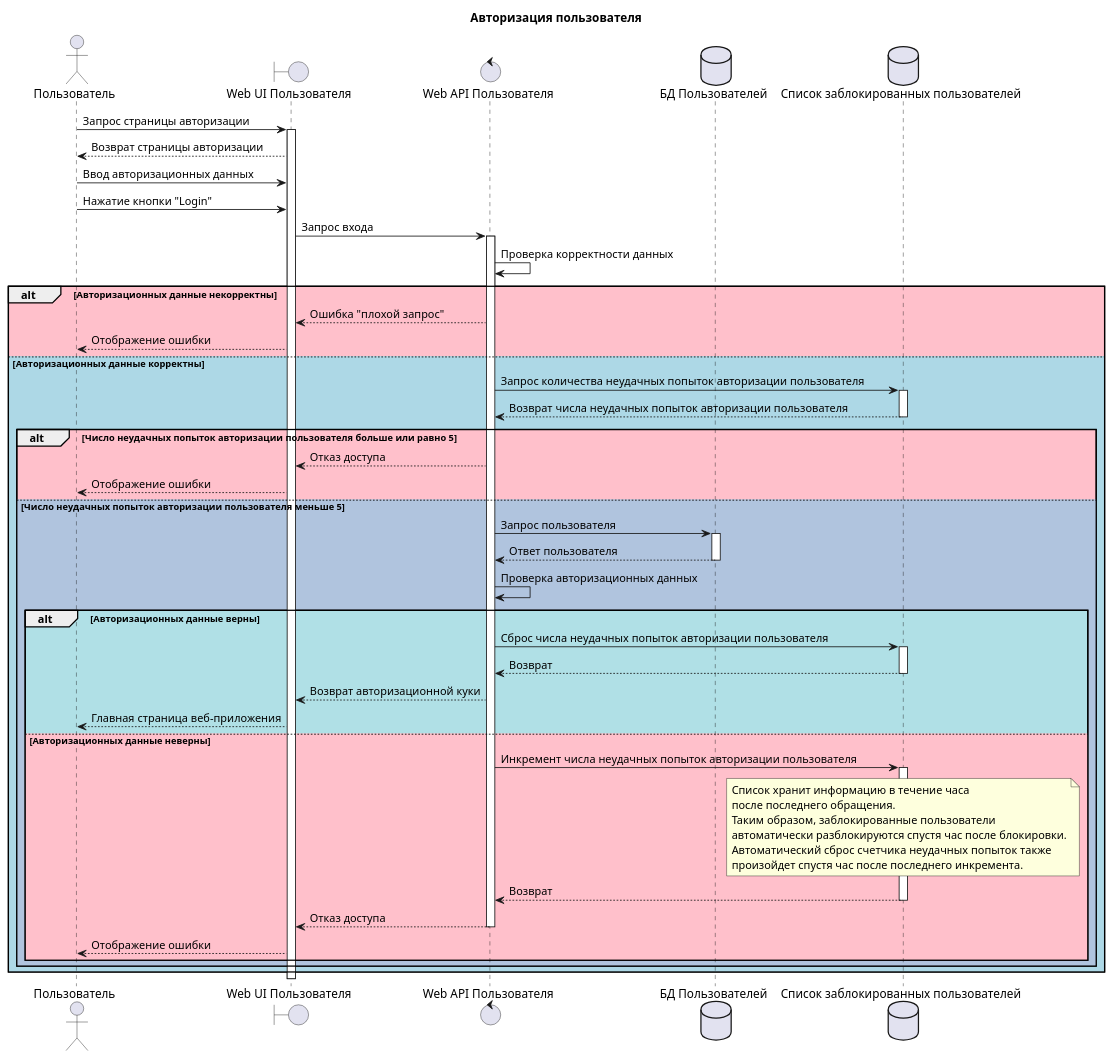
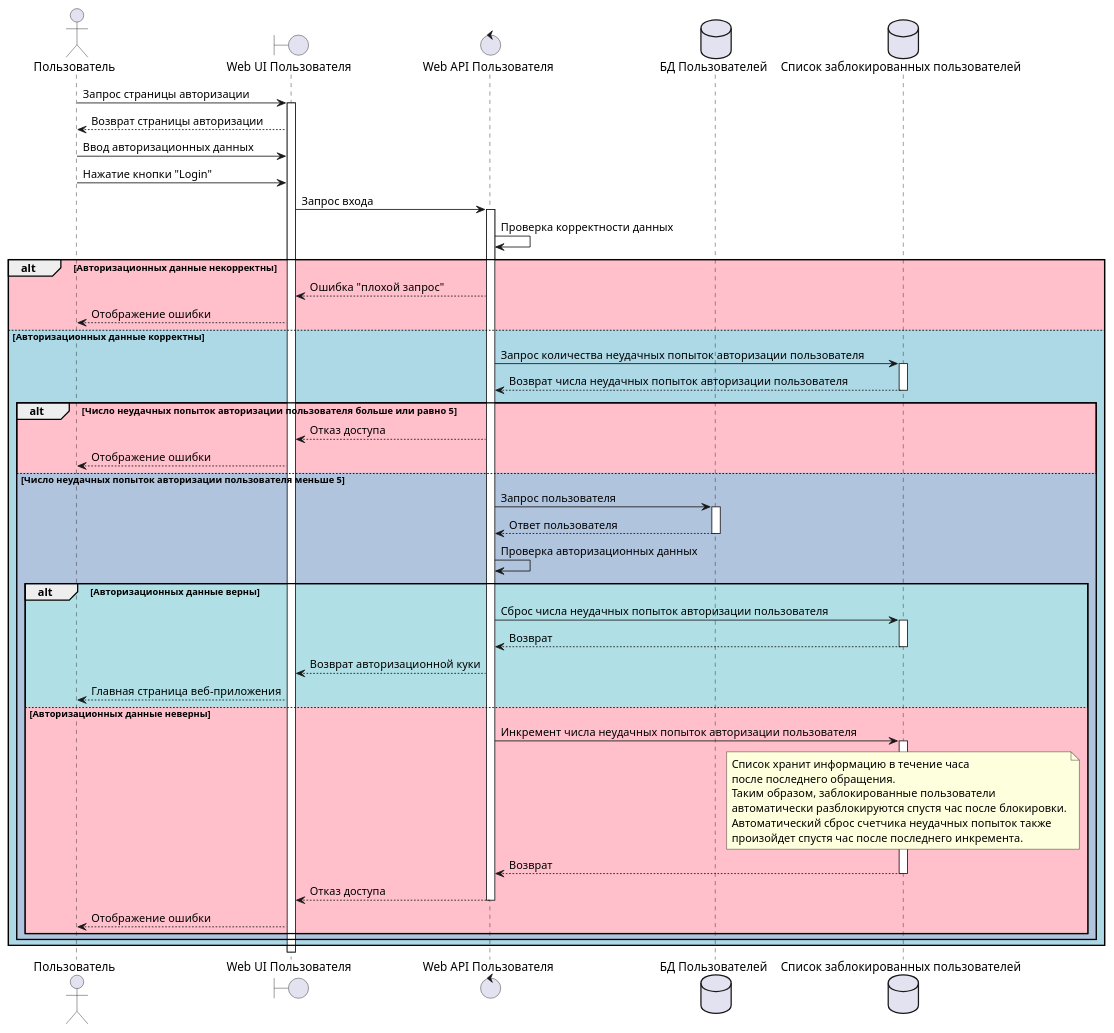
The second of 5 diagrams in docs/diagrams/sequence/User.WebApp.puml (mrypdm/JobSystem), drawn with PlantUML before and after one commit. The commit also changed other lines of this file and 19 other files, not shown here.

```diff
--- a/docs/diagrams/sequence/User.WebApp.puml
+++ b/docs/diagrams/sequence/User.WebApp.puml
@@ -35,66 +33,64 @@
 @startuml User sign in
-
-title Авторизация пользователя
 
 actor Пользователь as USER
 boundary "Web UI Пользователя" as UI
 control "Web API Пользователя" as API
 database "БД Пользователей" as DB
 database "Список заблокированных пользователей" as BLOCKED
 
 USER -> UI++: Запрос страницы авторизации
 UI --> USER: Возврат страницы авторизации
 USER -> UI: Ввод авторизационных данных
 USER -> UI: Нажатие кнопки "Login"
 UI -> API++: Запрос входа
 API -> API: Проверка корректности данных
 
 alt #Pink Авторизационных данные некорректны
 
     API --> UI: Ошибка "плохой запрос"
     UI --> USER: Отображение ошибки
 
 else #LightBlue Авторизационных данные корректны
 
     API -> BLOCKED++: Запрос количества неудачных попыток авторизации пользователя
     BLOCKED --> API--: Возврат числа неудачных попыток авторизации пользователя
 
     alt #Pink Число неудачных попыток авторизации пользователя больше или равно 5
         API --> UI: Отказ доступа
         UI --> USER: Отображение ошибки
 
     else #LightSteelBlue Число неудачных попыток авторизации пользователя меньше 5
 
         API -> DB++: Запрос пользователя
         DB --> API--: Ответ пользователя
         API -> API: Проверка авторизационных данных
 
         alt #PowderBlue Авторизационных данные верны
 
             API -> BLOCKED++: Сброс числа неудачных попыток авторизации пользователя
             BLOCKED --> API--: Возврат
             API --> UI: Возврат авторизационной куки
             UI --> USER: Главная страница веб-приложения
 
         else #Pink Авторизационных данные неверны
 
             API -> BLOCKED++: Инкремент числа неудачных попыток авторизации пользователя
             note over BLOCKED
                 Список хранит информацию в течение часа
                 после последнего обращения.
                 Таким образом, заблокированные пользователи
                 автоматически разблокируются спустя час после блокировки.
                 Автоматический сброс счетчика неудачных попыток также
                 произойдет спустя час после последнего инкремента.
             end note
             BLOCKED --> API--: Возврат
             API --> UI--: Отказ доступа
             UI --> USER: Отображение ошибки
 
         end
 
     end
 
 end
 
 @enduml
```
